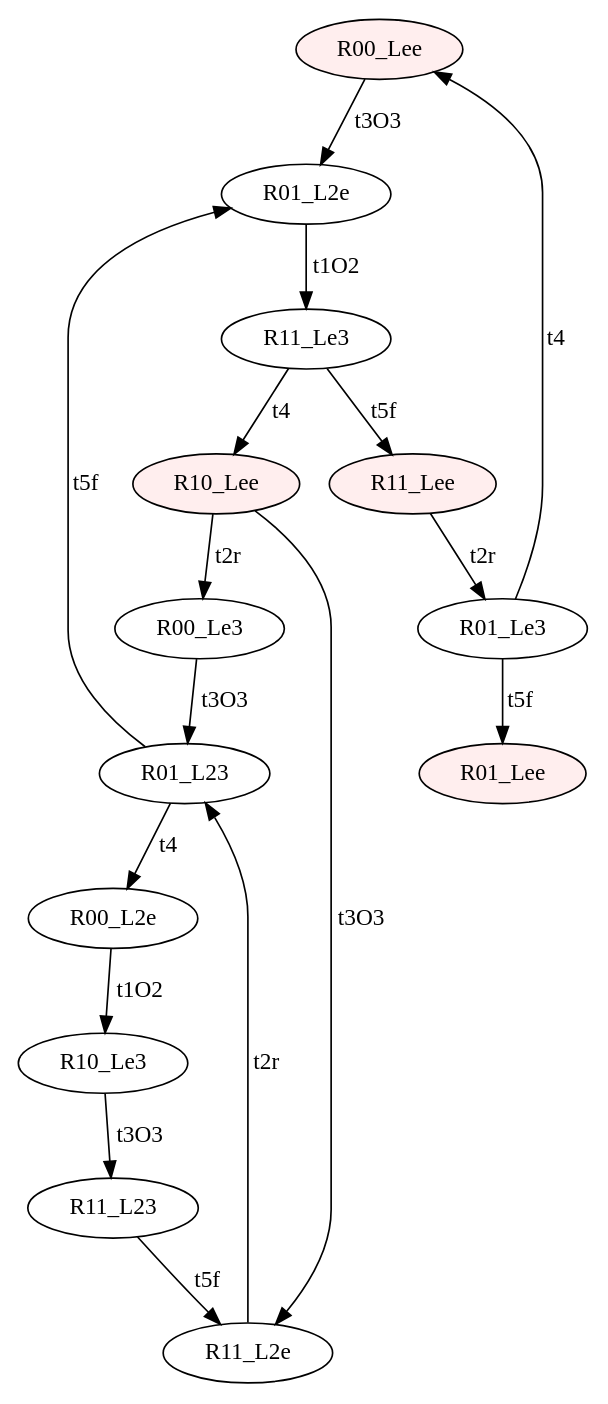
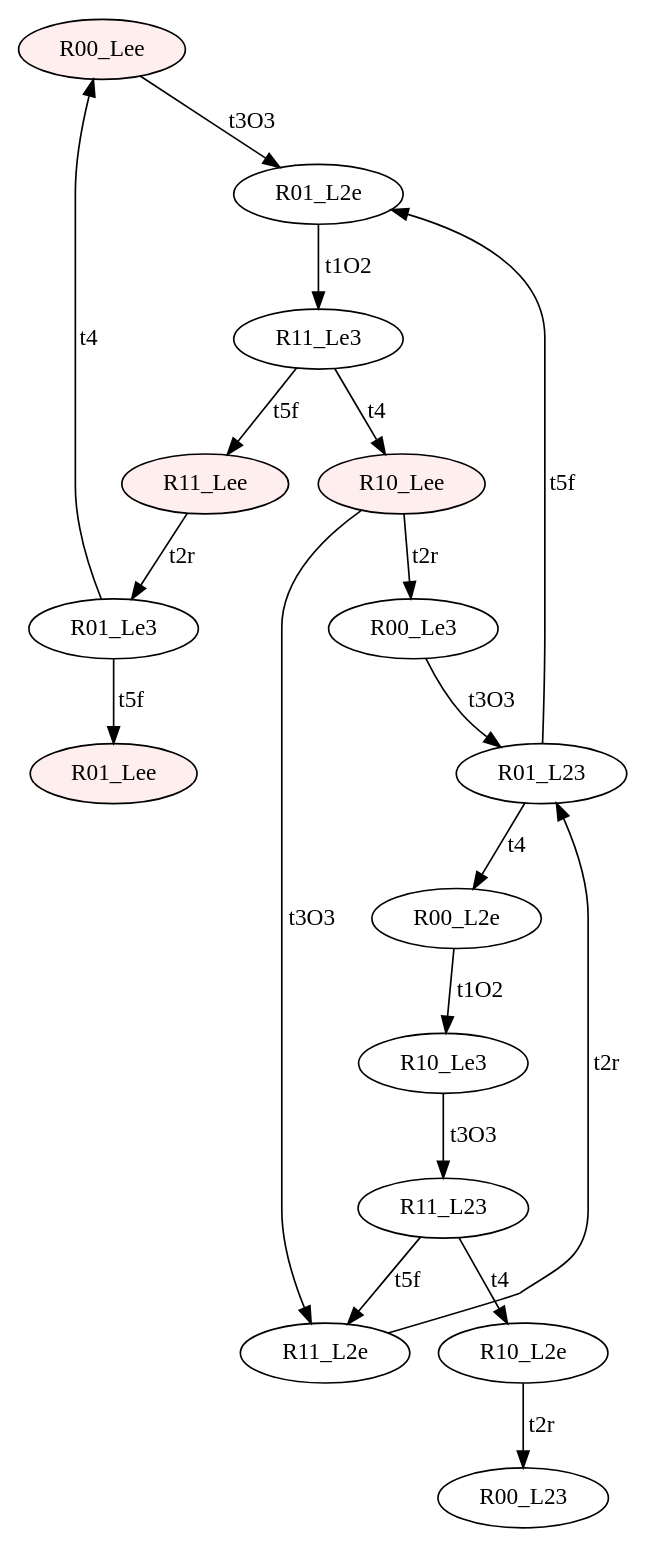
The diagram in input/e_SC.dot (Stefano-BS/Explanatory-Diagnosis), drawn with Graphviz before and after one commit. The commit also changed 23 other files, not shown here.

```diff
--- a/input/e_SC.dot
+++ b/input/e_SC.dot
@@ -1,31 +1,35 @@
 digraph "SCinput/e" {
 node [style=filled fillcolor="#FFEEEE"]; R00_Lee ;
 node [fillcolor="#FFFFFF"]; R01_L2e ;
 node [fillcolor="#FFFFFF"]; R11_Le3 ;
 node [style=filled fillcolor="#FFEEEE"]; R10_Lee ;
 node [fillcolor="#FFFFFF"]; R00_Le3 ;
 node [fillcolor="#FFFFFF"]; R01_L23 ;
 node [fillcolor="#FFFFFF"]; R00_L2e ;
 node [fillcolor="#FFFFFF"]; R10_Le3 ;
 node [fillcolor="#FFFFFF"]; R11_L23 ;
+node [fillcolor="#FFFFFF"]; R10_L2e ;
+node [fillcolor="#FFFFFF"]; R00_L23 ;
 node [fillcolor="#FFFFFF"]; R11_L2e ;
 node [style=filled fillcolor="#FFEEEE"]; R11_Lee ;
 node [fillcolor="#FFFFFF"]; R01_Le3 ;
 node [style=filled fillcolor="#FFEEEE"]; R01_Lee ;
 R00_Lee -> R01_L2e [label=t3O3]
 R01_L2e -> R11_Le3 [label=t1O2]
 R11_Le3 -> R11_Lee [label=t5f]
 R11_Le3 -> R10_Lee [label=t4]
 R10_Lee -> R11_L2e [label=t3O3]
 R10_Lee -> R00_Le3 [label=t2r]
 R00_Le3 -> R01_L23 [label=t3O3]
 R01_L23 -> R01_L2e [label=t5f]
 R01_L23 -> R00_L2e [label=t4]
 R00_L2e -> R10_Le3 [label=t1O2]
 R10_Le3 -> R11_L23 [label=t3O3]
 R11_L23 -> R11_L2e [label=t5f]
+R11_L23 -> R10_L2e [label=t4]
+R10_L2e -> R00_L23 [label=t2r]
 R11_L2e -> R01_L23 [label=t2r]
 R11_Lee -> R01_Le3 [label=t2r]
 R01_Le3 -> R01_Lee [label=t5f]
 R01_Le3 -> R00_Lee [label=t4]
 }
```
